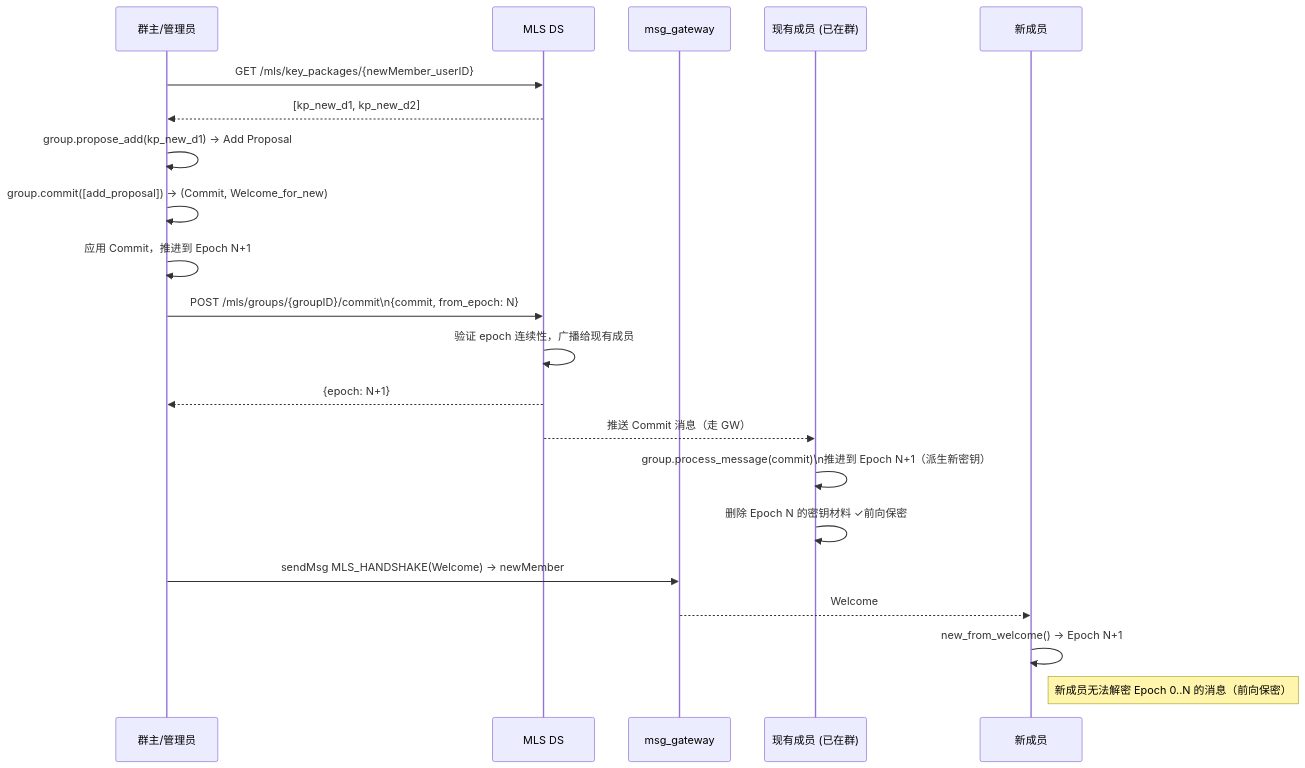
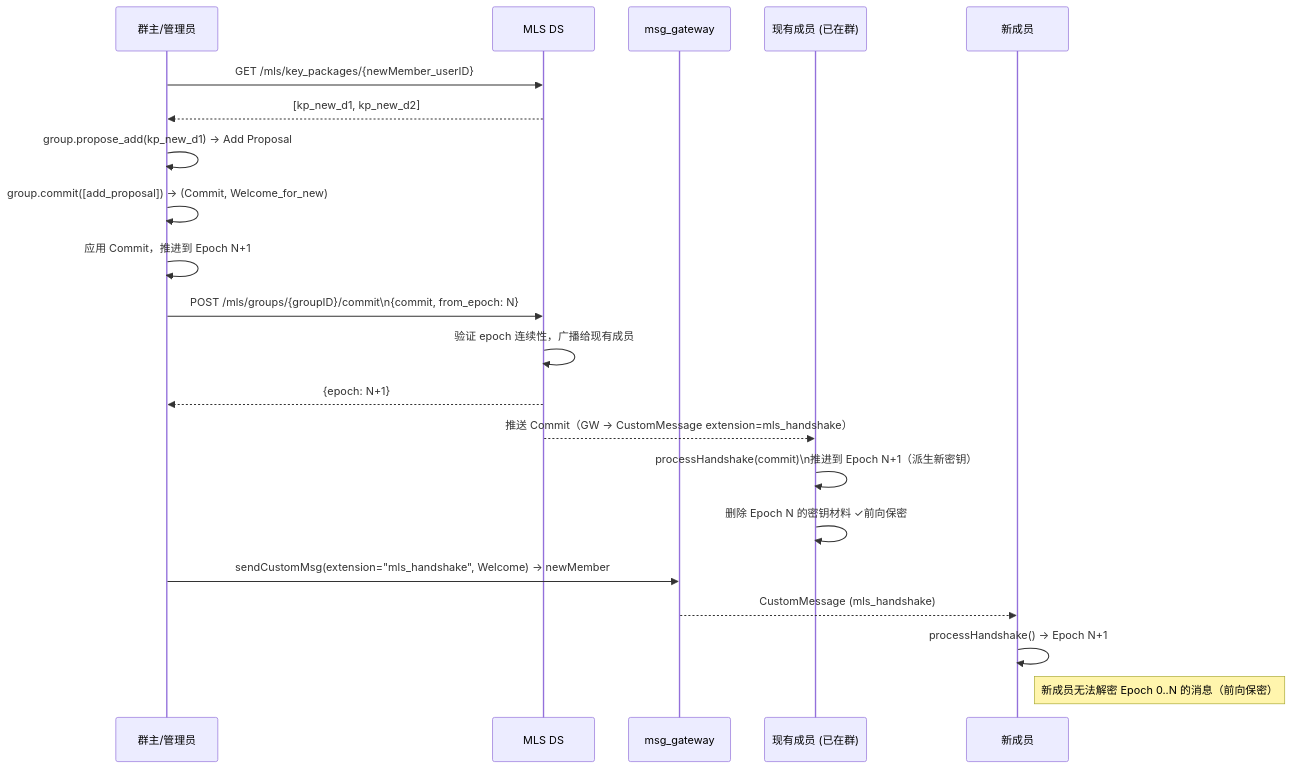
One commit to sok-im/open-im-server-origin changed the sixth of 9 diagrams in e2ee-openmls-design.md. Above: the diagram before and after it, drawn with Mermaid. The commit also changed other lines of this file and 10 other files, not shown here.

````diff
--- a/e2ee-openmls-design.md
+++ b/e2ee-openmls-design.md
@@ -334,28 +374,28 @@
 ```mermaid
 sequenceDiagram
     participant Admin as 群主/管理员
     participant DS as MLS DS
     participant GW as msg_gateway
     participant Existing as 现有成员 (已在群)
     participant NewMember as 新成员
 
     Admin->>DS: GET /mls/key_packages/{newMember_userID}
     DS-->>Admin: [kp_new_d1, kp_new_d2]
 
     Admin->>Admin: group.propose_add(kp_new_d1) → Add Proposal
     Admin->>Admin: group.commit([add_proposal]) → (Commit, Welcome_for_new)
     Admin->>Admin: 应用 Commit，推进到 Epoch N+1
 
     Admin->>DS: POST /mls/groups/{groupID}/commit\n{commit, from_epoch: N}
     DS->>DS: 验证 epoch 连续性，广播给现有成员
     DS-->>Admin: {epoch: N+1}
 
-    DS-->>Existing: 推送 Commit 消息（走 GW）
-    Existing->>Existing: group.process_message(commit)\n推进到 Epoch N+1（派生新密钥）
+    DS-->>Existing: 推送 Commit（GW → CustomMessage extension=mls_handshake）
+    Existing->>Existing: processHandshake(commit)\n推进到 Epoch N+1（派生新密钥）
     Existing->>Existing: 删除 Epoch N 的密钥材料 ✓前向保密
 
-    Admin->>GW: sendMsg MLS_HANDSHAKE(Welcome) → newMember
-    GW-->>NewMember: Welcome
-    NewMember->>NewMember: new_from_welcome() → Epoch N+1
+    Admin->>GW: sendCustomMsg(extension="mls_handshake", Welcome) → newMember
+    GW-->>NewMember: CustomMessage (mls_handshake)
+    NewMember->>NewMember: processHandshake() → Epoch N+1
     Note right of NewMember: 新成员无法解密 Epoch 0..N 的消息（前向保密）
 ```
````
